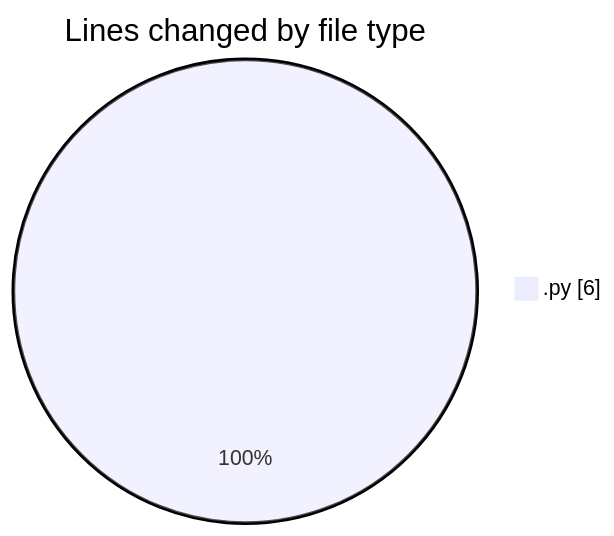
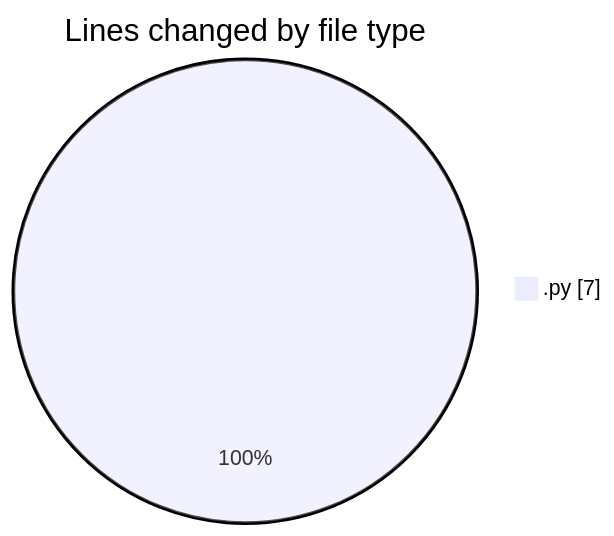
One commit to MatusMokan/code-tracking changed the first of 2 diagrams in 2025-02-27/myws__workspace_/README.md. Above: the diagram before and after it, drawn with Mermaid. The commit also changed other lines of this file and 1 other file, not shown here.

````diff
--- a/2025-02-27/myws__workspace_/README.md
+++ b/2025-02-27/myws__workspace_/README.md
@@ -20,5 +20,5 @@
 ```mermaid
 pie showData
 title Lines changed by file type
-".py" : 6
+".py" : 7
 ```
````
